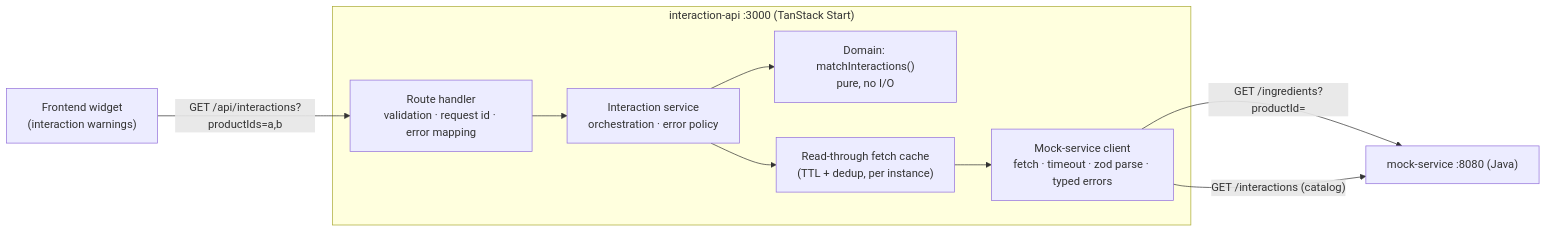
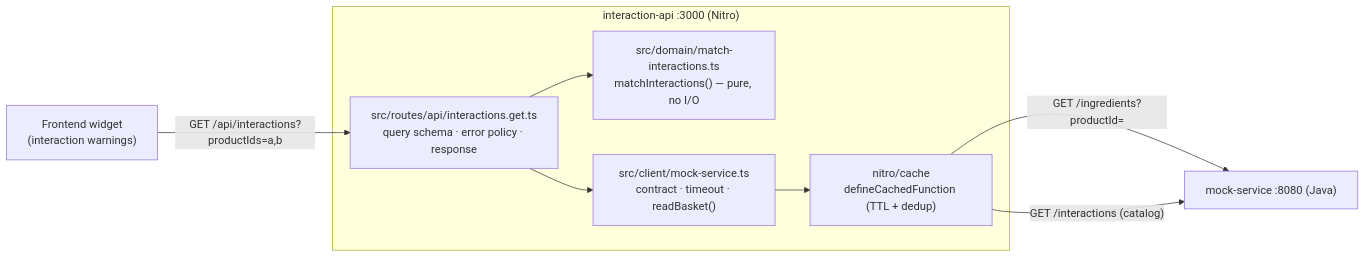
The first of 3 diagrams in docs/architecture.md (hkashlan/redcare-interactions), drawn with Mermaid before and after one commit. The commit also changed other lines of this file and 45 other files, not shown here.

````diff
--- a/docs/architecture.md
+++ b/docs/architecture.md
@@ -7,20 +7,18 @@
 ```mermaid
 flowchart LR
     Widget["Frontend widget<br/>(interaction warnings)"]
-    subgraph interactionApi ["interaction-api :3000 (TanStack Start)"]
-        Handler["Route handler<br/>validation · request id · error mapping"]
-        Service["Interaction service<br/>orchestration · error policy"]
-        Domain["Domain: matchInteractions()<br/>pure, no I/O"]
-        Cache["Read-through fetch cache<br/>(TTL + dedup, per instance)"]
-        Client["Mock-service client<br/>fetch · timeout · zod parse · typed errors"]
+    subgraph interactionApi ["interaction-api :3000 (Nitro)"]
+        Route["src/routes/api/interactions.get.ts<br/>query schema · error policy · response"]
+        Domain["src/domain/match-interactions.ts<br/>matchInteractions() — pure, no I/O"]
+        Client["src/client/mock-service.ts<br/>contract · timeout · readBasket()"]
+        Cache["nitro/cache<br/>defineCachedFunction (TTL + dedup)"]
     end
     Mock["mock-service :8080 (Java)"]
 
-    Widget -->|"GET /api/interactions?productIds=a,b"| Handler
-    Handler --> Service
-    Service --> Domain
-    Service --> Cache
-    Cache --> Client
-    Client -->|"GET /ingredients?productId="| Mock
-    Client -->|"GET /interactions (catalog)"| Mock
+    Widget -->|"GET /api/interactions?productIds=a,b"| Route
+    Route --> Domain
+    Route --> Client
+    Client --> Cache
+    Cache -->|"GET /ingredients?productId="| Mock
+    Cache -->|"GET /interactions (catalog)"| Mock
 ```
````
